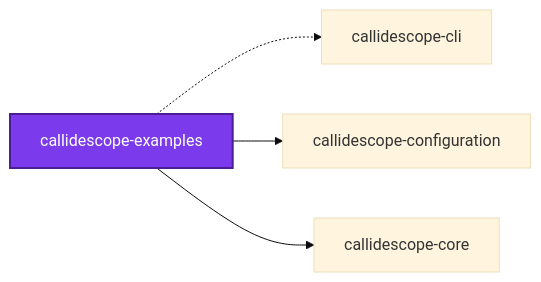
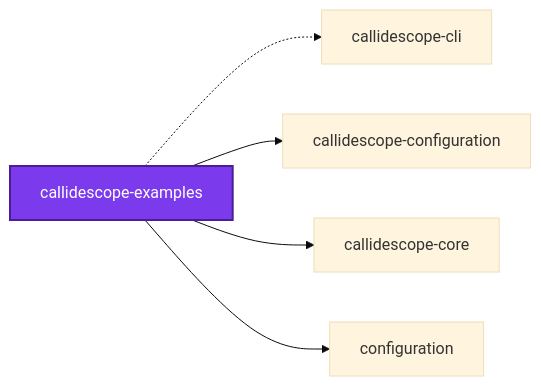
The first of 2 diagrams in projects/ic-suite/callidescope/callidescope-examples/README.md (organizzolini/codebase), drawn with Mermaid (base theme) before and after one commit. The commit also changed other lines of this file and 2324 other files, not shown here.

````diff
--- a/projects/ic-suite/callidescope/callidescope-examples/README.md
+++ b/projects/ic-suite/callidescope/callidescope-examples/README.md
@@ -849,12 +849,14 @@
 ```mermaid
 graph LR
   callidescope_cli["callidescope-cli"]
   callidescope_configuration["callidescope-configuration"]
   callidescope_core["callidescope-core"]
   callidescope_examples["callidescope-examples"]
+  configuration["configuration"]
   callidescope_examples -.-> callidescope_cli
   callidescope_examples --> callidescope_configuration
   callidescope_examples --> callidescope_core
+  callidescope_examples --> configuration
   classDef subject fill:#7c3aed,color:#fff,stroke:#4c1d95,stroke-width:2px
   class callidescope_examples subject
 ```
````
